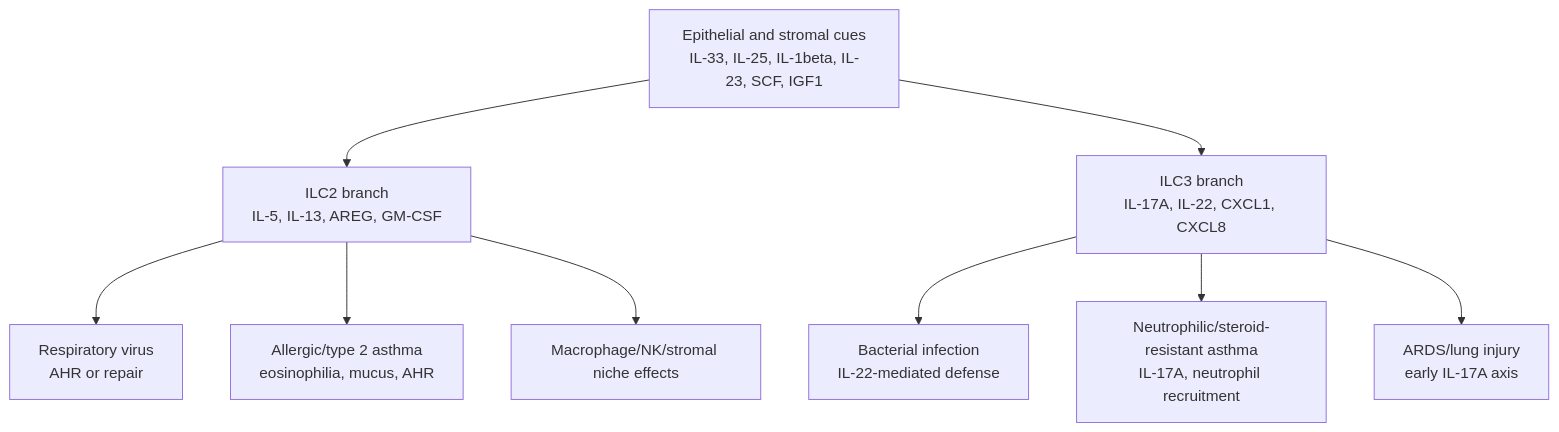
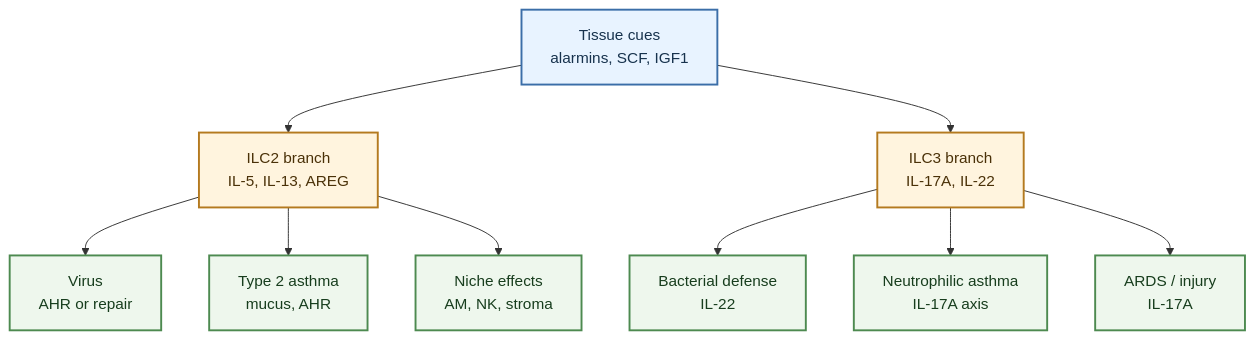
The diagram in wiki/digests/2026-04-20_ILC_pulmonary_disease_roles.md (shao1116/ILC-Wiki), drawn with Mermaid before and after one commit. The commit also changed 14 other files, not shown here.

````diff
--- a/wiki/digests/2026-04-20_ILC_pulmonary_disease_roles.md
+++ b/wiki/digests/2026-04-20_ILC_pulmonary_disease_roles.md
@@ -17,24 +17,32 @@
 ```mermaid
 flowchart TD
     accTitle: Pulmonary ILC Disease Roles
     accDescr: A disease-role map of ILC functions across pulmonary disease contexts.
 
-    epithelial["Epithelial and stromal cues<br/>IL-33, IL-25, IL-1beta, IL-23, SCF, IGF1"]
-    ilc2["ILC2 branch<br/>IL-5, IL-13, AREG, GM-CSF"]
-    ilc3["ILC3 branch<br/>IL-17A, IL-22, CXCL1, CXCL8"]
-    virus["Respiratory virus<br/>AHR or repair"]
-    asthma2["Allergic/type 2 asthma<br/>eosinophilia, mucus, AHR"]
-    asthma3["Neutrophilic/steroid-resistant asthma<br/>IL-17A, neutrophil recruitment"]
-    bacteria["Bacterial infection<br/>IL-22-mediated defense"]
-    injury["ARDS/lung injury<br/>early IL-17A axis"]
-    niche["Macrophage/NK/stromal niche effects"]
+    epithelial["Tissue cues<br/>alarmins, SCF, IGF1"]
+    ilc2["ILC2 branch<br/>IL-5, IL-13, AREG"]
+    ilc3["ILC3 branch<br/>IL-17A, IL-22"]
+    virus["Virus<br/>AHR or repair"]
+    asthma2["Type 2 asthma<br/>mucus, AHR"]
+    asthma3["Neutrophilic asthma<br/>IL-17A axis"]
+    bacteria["Bacterial defense<br/>IL-22"]
+    injury["ARDS / injury<br/>IL-17A"]
+    niche["Niche effects<br/>AM, NK, stroma"]
 
     epithelial --> ilc2
     epithelial --> ilc3
     ilc2 --> virus
     ilc2 --> asthma2
     ilc2 --> niche
     ilc3 --> bacteria
     ilc3 --> asthma3
     ilc3 --> injury
+
+    classDef cue fill:#e8f3ff,stroke:#3b6ea8,stroke-width:2px,color:#17324d
+    classDef cell fill:#fff4de,stroke:#b47a1f,stroke-width:2px,color:#4a3108
+    classDef disease fill:#eef7ed,stroke:#4d8a50,stroke-width:2px,color:#173d1d
+
+    class epithelial cue
+    class ilc2,ilc3 cell
+    class virus,asthma2,asthma3,bacteria,injury,niche disease
 ```
````
